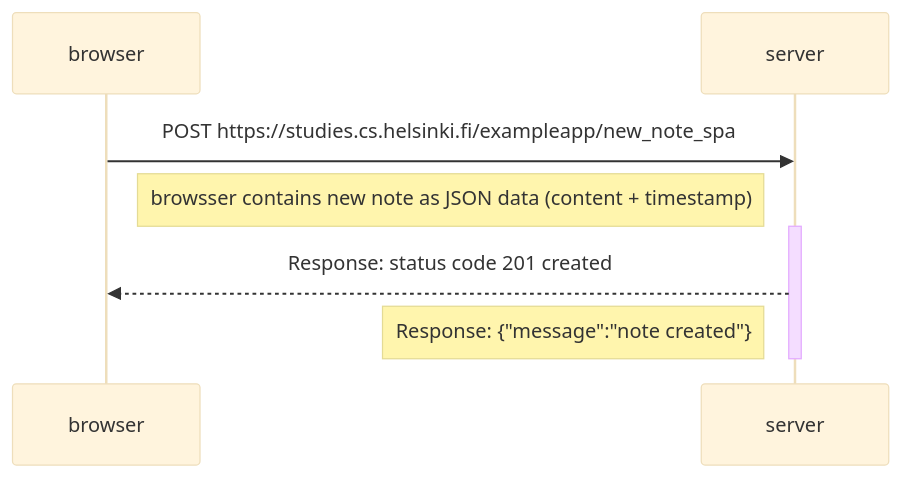
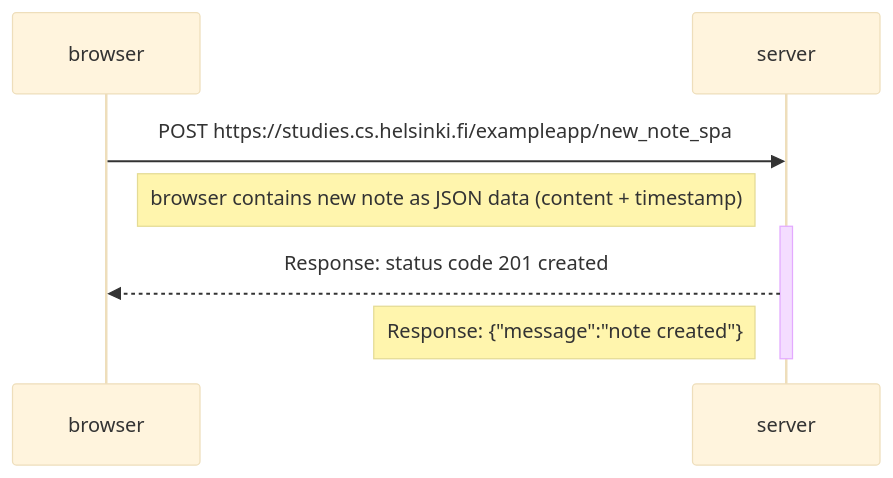
Before and after one commit to WMCS50/fso-part0: the diagram in 0.6-new-note-in-spa-diagram.md, drawn with Mermaid (base theme).

````diff
--- a/0.6-new-note-in-spa-diagram.md
+++ b/0.6-new-note-in-spa-diagram.md
@@ -1,12 +1,12 @@
 ```mermaid
     sequenceDiagram
         participant browser
         participant server
 
         browser->>server: POST https://studies.cs.helsinki.fi/exampleapp/new_note_spa
-        Note right of browser: browsser contains new note as JSON data (content + timestamp)
+        Note right of browser: browser contains new note as JSON data (content + timestamp)
         activate server
         server-->>browser: Response: status code 201 created
         Note left of server: Response: {"message":"note created"}
         deactivate server        
 ```
````
